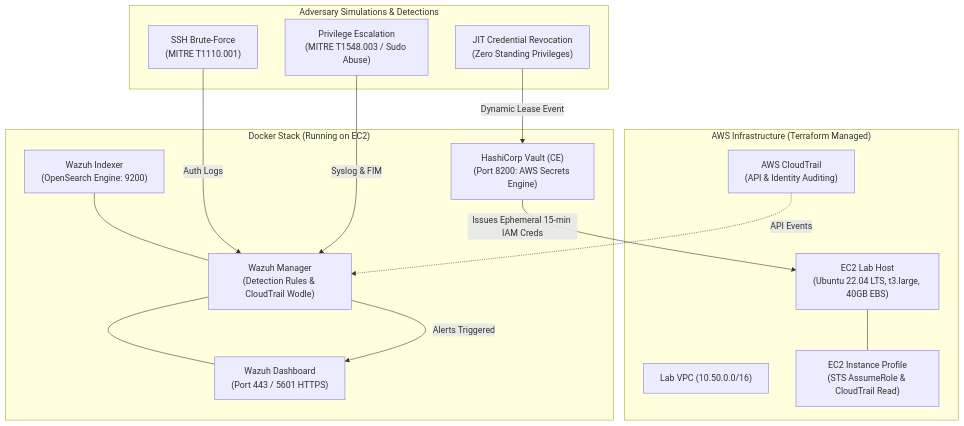
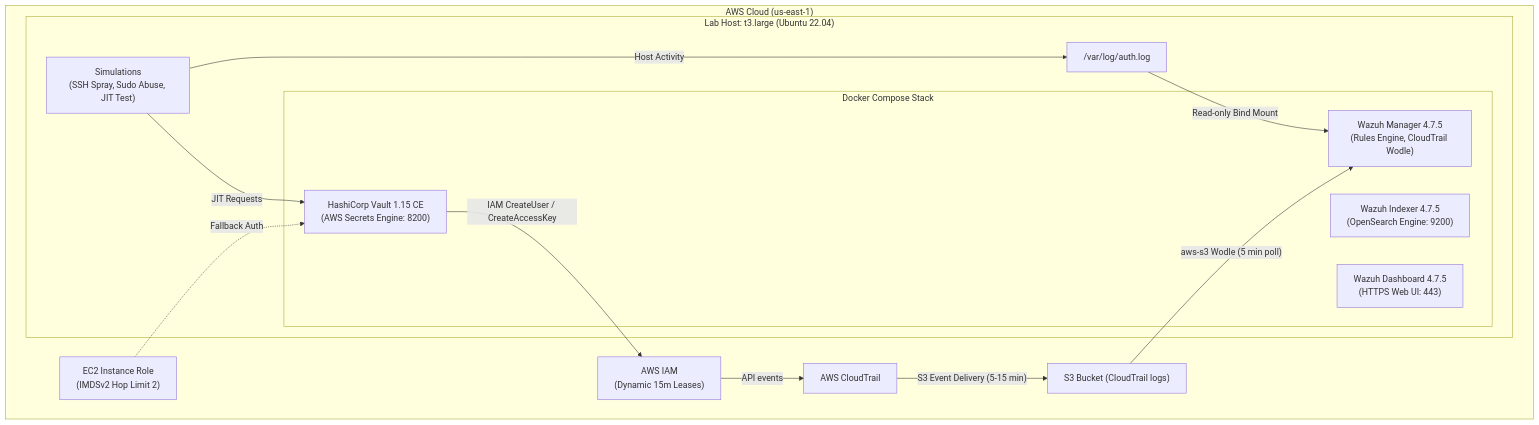
One commit to SannidhiSriram-06/identity-threat-detection-lab changed the diagram in README.md. Above: the diagram before and after it, drawn with Mermaid. The commit also changed other lines of this file and 2 other files, not shown here.

Commit message:
docs: rewrite README, MITRE mapping and runbook to match verified live results

````diff
--- a/README.md
+++ b/README.md
@@ -14,35 +7,24 @@
 ```mermaid
 flowchart TD
-    subgraph "AWS Infrastructure (Terraform Managed)"
-        VPC["Lab VPC (10.50.0.0/16)"]
-        EC2["EC2 Lab Host<br/>(Ubuntu 22.04 LTS, t3.large, 40GB EBS)"]
-        IAM_PROF["EC2 Instance Profile<br/>(STS AssumeRole & CloudTrail Read)"]
-        TRAIL["AWS CloudTrail<br/>(API & Identity Auditing)"]
+    subgraph AWS["AWS Cloud (us-east-1)"]
+        CT["AWS CloudTrail"] -->|"S3 Event Delivery (5-15 min)"| S3["S3 Bucket (CloudTrail logs)"]
+        ROLE["EC2 Instance Role<br/>(IMDSv2 Hop Limit 2)"] -.->|"Fallback Auth"| VAULT
+
+        subgraph EC2["Lab Host: t3.large (Ubuntu 22.04)"]
+            subgraph DOCKER["Docker Compose Stack"]
+                VAULT["HashiCorp Vault 1.15 CE<br/>(AWS Secrets Engine: 8200)"]
+                W_MGR["Wazuh Manager 4.7.5<br/>(Rules Engine, CloudTrail Wodle)"]
+                W_IDX["Wazuh Indexer 4.7.5<br/>(OpenSearch Engine: 9200)"]
+                W_DASH["Wazuh Dashboard 4.7.5<br/>(HTTPS Web UI: 443)"]
+            end
+
+            HOST_LOGS["/var/log/auth.log"] -->|"Read-only Bind Mount"| W_MGR
+            SIM["Simulations<br/>(SSH Spray, Sudo Abuse, JIT Test)"] -->|"Host Activity"| HOST_LOGS
+            SIM -->|"JIT Requests"| VAULT
+        end
+
+        S3 -->|"aws-s3 Wodle (5 min poll)"| W_MGR
+        VAULT -->|"IAM CreateUser / CreateAccessKey"| IAM["AWS IAM<br/>(Dynamic 15m Leases)"]
+        IAM -->|"API events"| CT
     end
-
-    EC2 --- IAM_PROF
-    TRAIL -.->|"API Events"| W_MGR
-
-    subgraph "Docker Stack (Running on EC2)"
-        VAULT["HashiCorp Vault (CE)<br/>(Port 8200: AWS Secrets Engine)"]
-        W_IDX["Wazuh Indexer<br/>(OpenSearch Engine: 9200)"]
-        W_MGR["Wazuh Manager<br/>(Detection Rules & CloudTrail Wodle)"]
-        W_DASH["Wazuh Dashboard<br/>(Port 443 / 5601 HTTPS)"]
-    end
-
-    VAULT -->|"Issues Ephemeral 15-min IAM Creds"| EC2
-    W_IDX --- W_MGR
-    W_MGR --- W_DASH
-
-    subgraph "Adversary Simulations & Detections"
-        ATTK1["SSH Brute-Force<br/>(MITRE T1110.001)"]
-        ATTK2["Privilege Escalation<br/>(MITRE T1548.003 / Sudo Abuse)"]
-        ATTK3["JIT Credential Revocation<br/>(Zero Standing Privileges)"]
-    end
-
-    ATTK1 -->|"Auth Logs"| W_MGR
-    ATTK2 -->|"Syslog & FIM"| W_MGR
-    ATTK3 -->|"Dynamic Lease Event"| VAULT
-
-    W_MGR -->|"Alerts Triggered"| W_DASH
 ```
````
